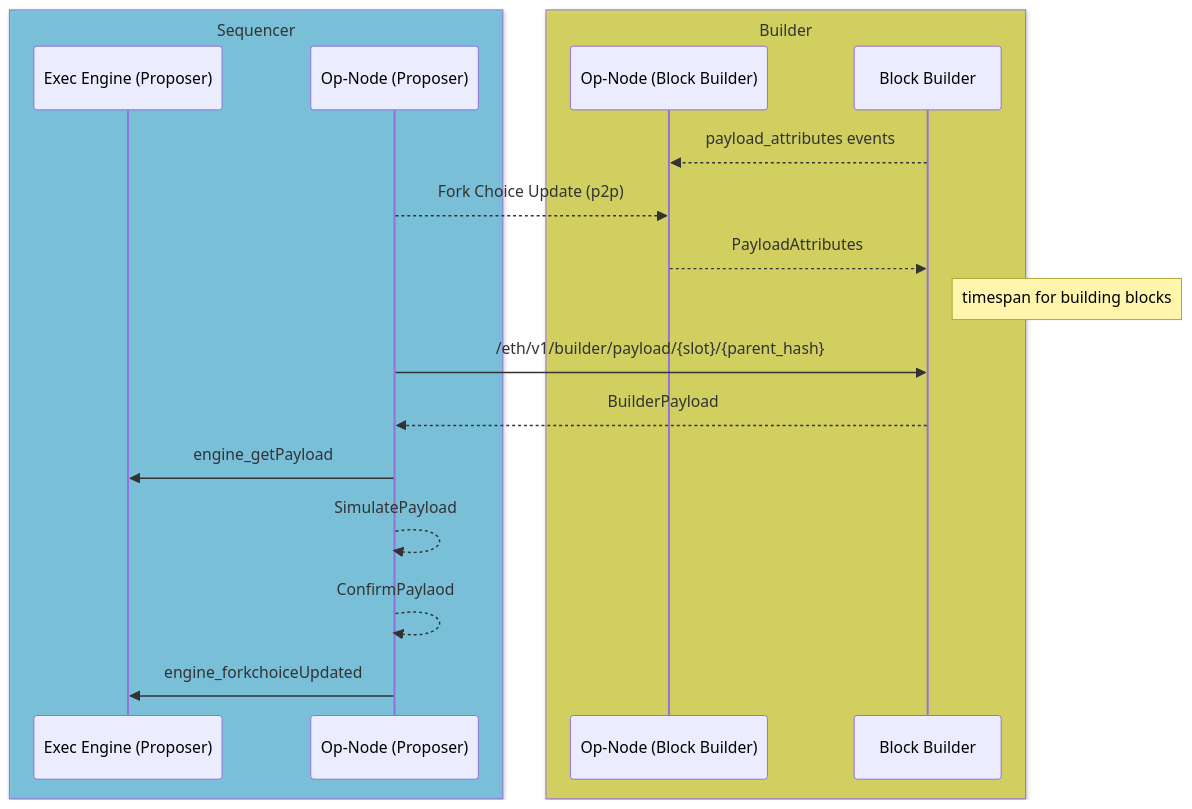
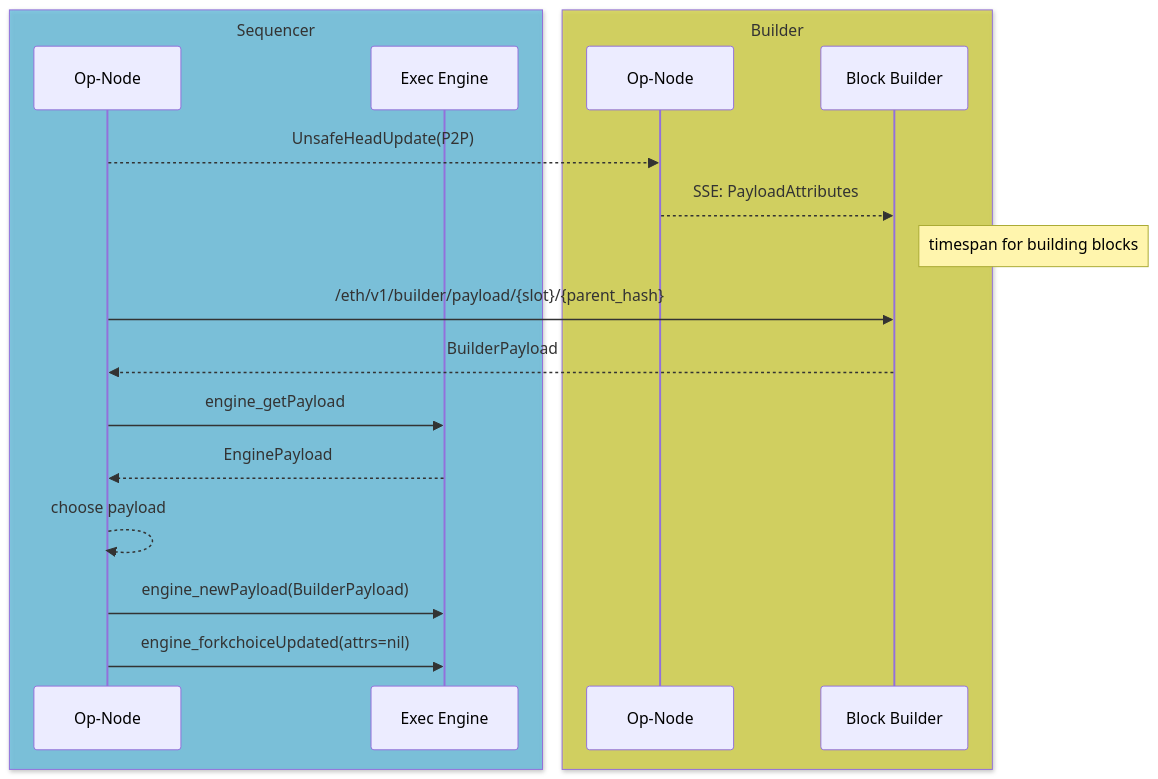
Before and after one commit to flashbots/op-geth: the diagram in builder/README.md, drawn with Mermaid.

````diff
--- a/builder/README.md
+++ b/builder/README.md
@@ -38,23 +38,23 @@
 ```mermaid
 sequenceDiagram
     box rgba(103, 189, 220, 0.8) Sequencer
-    participant EES as Exec Engine (Proposer)
-    participant OPS as Op-Node (Proposer)
+    participant OPS as Op-Node
+    participant EES as Exec Engine
     end
     box rgba(210, 209, 71, 0.8) Builder
-    participant OPB as Op-Node (Block Builder)
+    participant OPB as Op-Node
     participant BB as Block Builder
     end
 
-    BB-->>OPB: payload_attributes events
-    OPS-->> OPB: Fork Choice Update (p2p)
-    OPB-->>BB: PayloadAttributes
+    OPS-->>OPB: UnsafeHeadUpdate(P2P)
+    OPB-->>BB: SSE: PayloadAttributes
 
     Note right of BB: timespan for building blocks
     OPS->> BB: /eth/v1/builder/payload/{slot}/{parent_hash}
     BB-->>OPS: BuilderPayload
-    OPS->> EES: engine_getPayload
-    OPS-->>OPS: SimulatePayload
-    OPS-->>OPS: ConfirmPaylaod
-    OPS ->> EES: engine_forkchoiceUpdated
+    OPS->>EES: engine_getPayload
+    EES-->>OPS: EnginePayload
+    OPS-->>OPS: choose payload
+    OPS->>EES: engine_newPayload(BuilderPayload)
+    OPS->>EES: engine_forkchoiceUpdated(attrs=nil)
 ```
````
